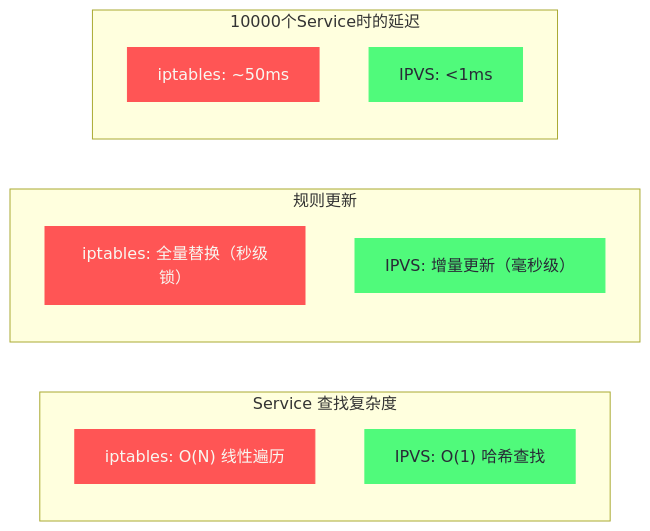
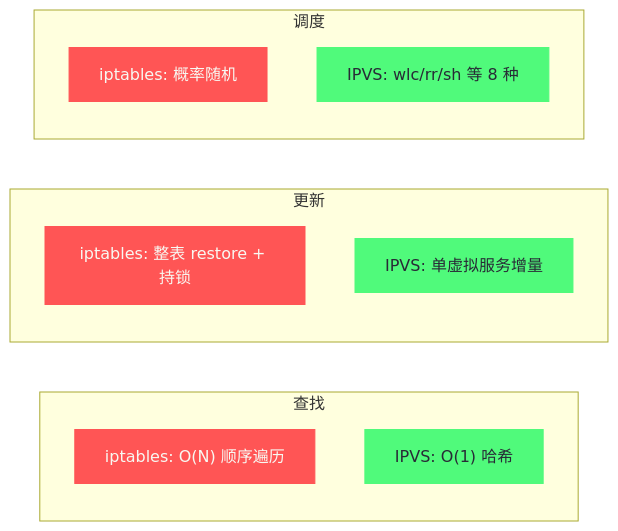
One commit to hpliStartAgain/my-brain changed the fourth of 4 diagrams in content/云原生/Kubernetes/kubernetes网络原理与插件/06 Service底层实现——kube-proxy、iptables与IPVS.md. Above: the diagram before and after it, drawn with Mermaid. The commit also changed other lines of this file and 29 other files, not shown here.

````diff
--- a/content/云原生/Kubernetes/kubernetes网络原理与插件/06 Service底层实现——kube-proxy、iptables与IPVS.md
+++ b/content/云原生/Kubernetes/kubernetes网络原理与插件/06 Service底层实现——kube-proxy、iptables与IPVS.md
@@ -334,23 +389,20 @@
 ```mermaid
 %%{init: {'theme': 'dracula'}}%%
 graph LR
     classDef good fill:#50fa7b,stroke:#50fa7b,color:#282a36
     classDef bad fill:#ff5555,stroke:#ff5555,color:#f8f8f2
-    classDef mid fill:#ffb86c,stroke:#ffb86c,color:#282a36
-
-    subgraph "Service 查找复杂度"
-        A1["iptables: O(N) 线性遍历"]
-        A2["IPVS: O(1) 哈希查找"]
+    subgraph "查找"
+        A1["iptables: O(N) 顺序遍历"] 
+        A2["IPVS: O(1) 哈希"]
     end
-    subgraph "规则更新"
-        B1["iptables: 全量替换（秒级锁）"]
-        B2["IPVS: 增量更新（毫秒级）"]
+    subgraph "更新"
+        B1["iptables: 整表 restore + 持锁"]
+        B2["IPVS: 单虚拟服务增量"]
     end
-    subgraph "10000个Service时的延迟"
-        C1["iptables: ~50ms"]
-        C2["IPVS: <1ms"]
+    subgraph "调度"
+        C1["iptables: 概率随机"]
+        C2["IPVS: wlc/rr/sh 等 8 种"]
     end
-
     class A2,B2,C2 good
     class A1,B1,C1 bad
 ```
````
